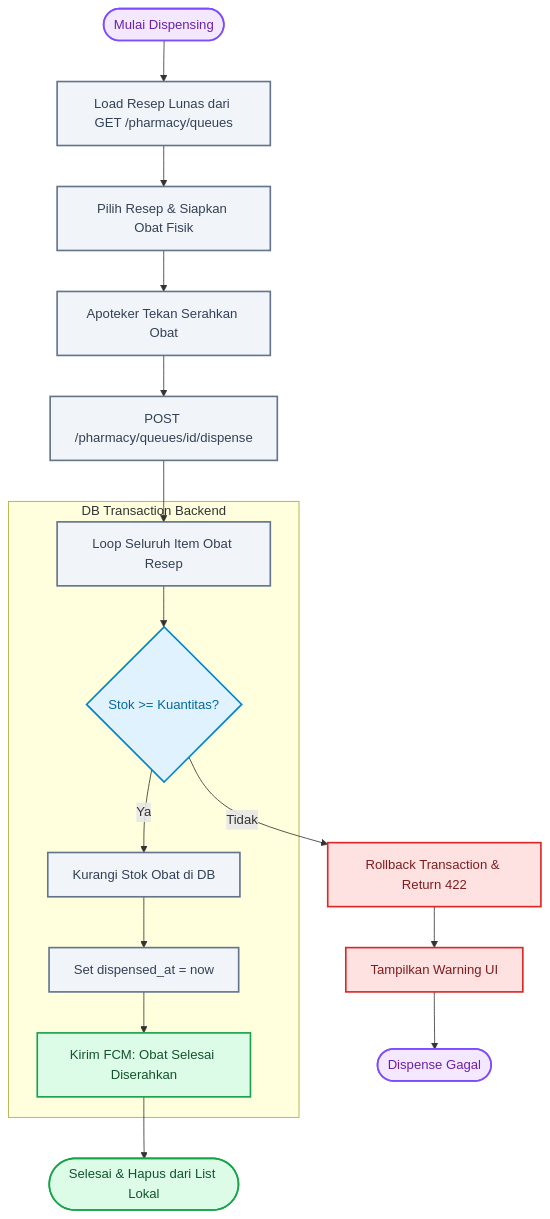
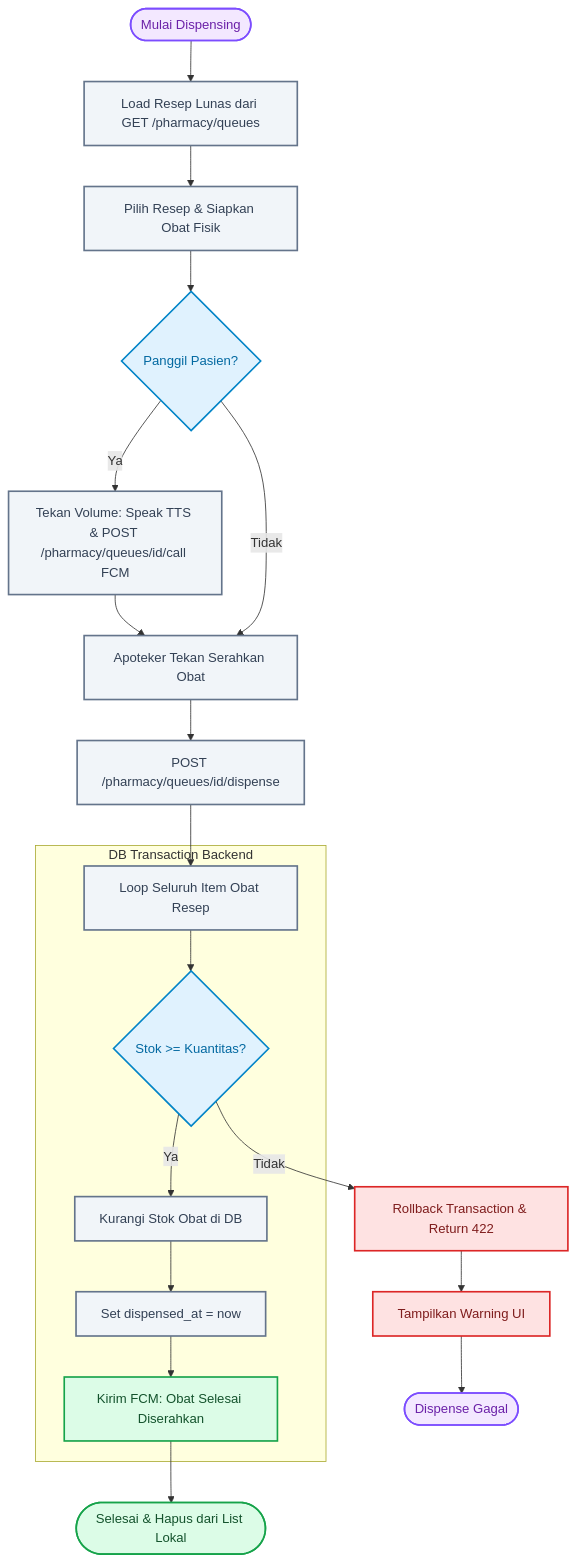
The ninth of 10 diagrams in dokumentasi/ALUR_BISNIS.md (Rezi14/NalaSeva-Mobile-Test), drawn with Mermaid before and after one commit. The commit also changed other lines of this file and 16 other files, not shown here.

````diff
--- a/dokumentasi/ALUR_BISNIS.md
+++ b/dokumentasi/ALUR_BISNIS.md
@@ -387,28 +387,30 @@
 ```mermaid
 flowchart TD
     classDef startEnd fill:#f3e8ff,stroke:#7c4dff,stroke-width:2px,color:#6b21a8;
     classDef decision fill:#e0f2fe,stroke:#0284c7,stroke-width:2px,color:#0369a1;
     classDef process fill:#f1f5f9,stroke:#64748b,stroke-width:2px,color:#334155;
     classDef success fill:#dcfce7,stroke:#16a34a,stroke-width:2px,color:#14532d;
     classDef fail fill:#fee2e2,stroke:#dc2626,stroke-width:2px,color:#7f1d1d;
 
     Start([Mulai Dispensing]):::startEnd --> Load[Load Resep Lunas dari GET /pharmacy/queues]:::process
     Load --> Select[Pilih Resep & Siapkan Obat Fisik]:::process
-    Select --> Dispense[Apoteker Tekan Serahkan Obat]:::process
+    Select --> CallAction{Panggil Pasien?}:::decision
+    CallAction -- Ya --> Call[Tekan Volume: Speak TTS & POST /pharmacy/queues/id/call FCM]:::process --> Dispense
+    CallAction -- Tidak --> Dispense[Apoteker Tekan Serahkan Obat]:::process
     Dispense --> API[POST /pharmacy/queues/id/dispense]:::process
     
     subgraph DB Transaction Backend
         DB1[Loop Seluruh Item Obat Resep]:::process
         DB2{"Stok >= Kuantitas?"}:::decision
         DB3[Kurangi Stok Obat di DB]:::process
         DB4[Set dispensed_at = now]:::process
         DB5[Kirim FCM: Obat Selesai Diserahkan]:::success
     end
     
     API --> DB1
     DB1 --> DB2
     DB2 -- Tidak --> Rollback[Rollback Transaction & Return 422]:::fail --> Warning[Tampilkan Warning UI]:::fail --> EndFail([Dispense Gagal]):::startEnd
     DB2 -- Ya --> DB3 --> DB4 --> DB5
     
     DB5 --> Success([Selesai & Hapus dari List Lokal]):::success
 ```
````
